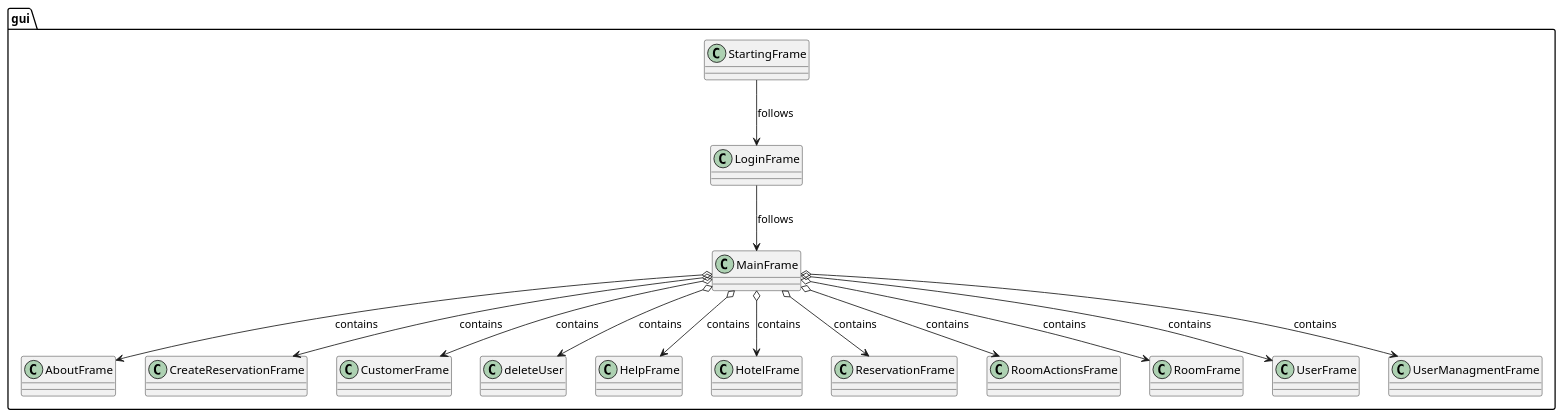
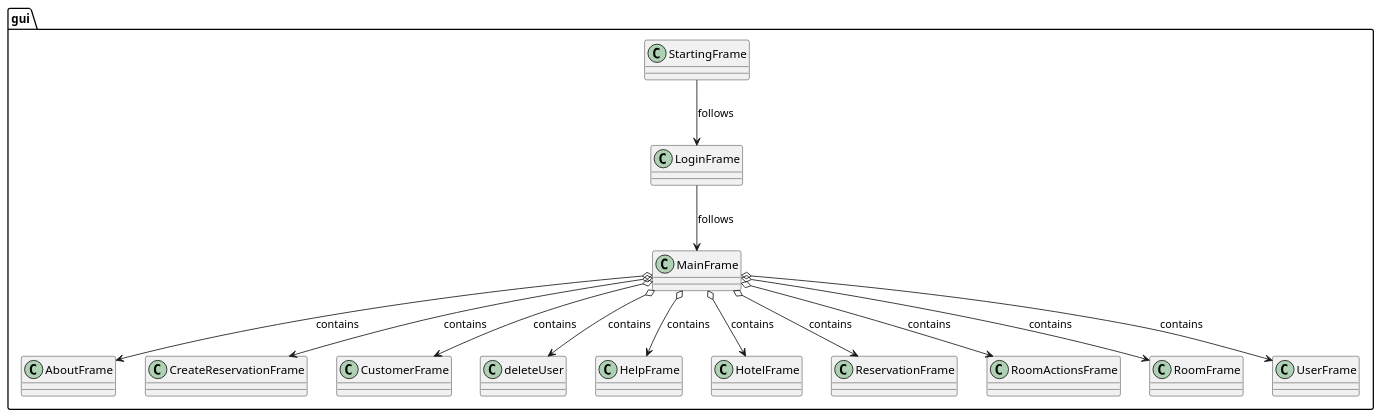
The diagram in docs/uml/gui.plantuml (DMG-TechLabs/hotel-manager), drawn with PlantUML before and after one commit. The commit also changed 5 other files, not shown here.

Commit message:
updated class uml diagrams

```diff
--- a/docs/uml/gui.plantuml
+++ b/docs/uml/gui.plantuml
@@ -1,35 +1,33 @@
 @startuml gui
 
 package gui {
     class AboutFrame
     class CreateReservationFrame
     class CustomerFrame
     class deleteUser
     class HelpFrame
     class HotelFrame
     class LoginFrame
     class MainFrame
     class ReservationFrame
     class RoomActionsFrame
     class RoomFrame
     class StartingFrame
     class UserFrame
-    class UserManagmentFrame
 }
 
 StartingFrame --> LoginFrame : follows
 LoginFrame --> MainFrame : follows
 
 MainFrame o--> AboutFrame : contains
 MainFrame o--> CreateReservationFrame : contains
 MainFrame o--> CustomerFrame : contains
 MainFrame o--> deleteUser : contains
 MainFrame o--> HelpFrame : contains
 MainFrame o--> HotelFrame : contains
 MainFrame o--> ReservationFrame : contains
 MainFrame o--> RoomActionsFrame : contains
 MainFrame o--> RoomFrame : contains
 MainFrame o--> UserFrame : contains
-MainFrame o--> UserManagmentFrame : contains
 
 @enduml
```
